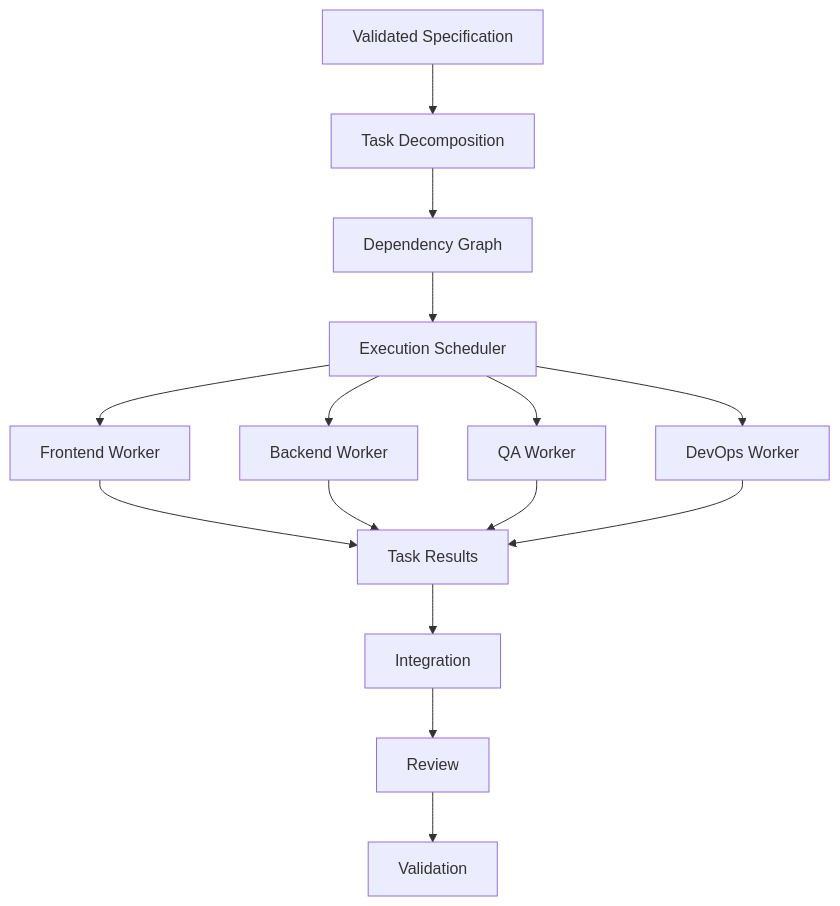
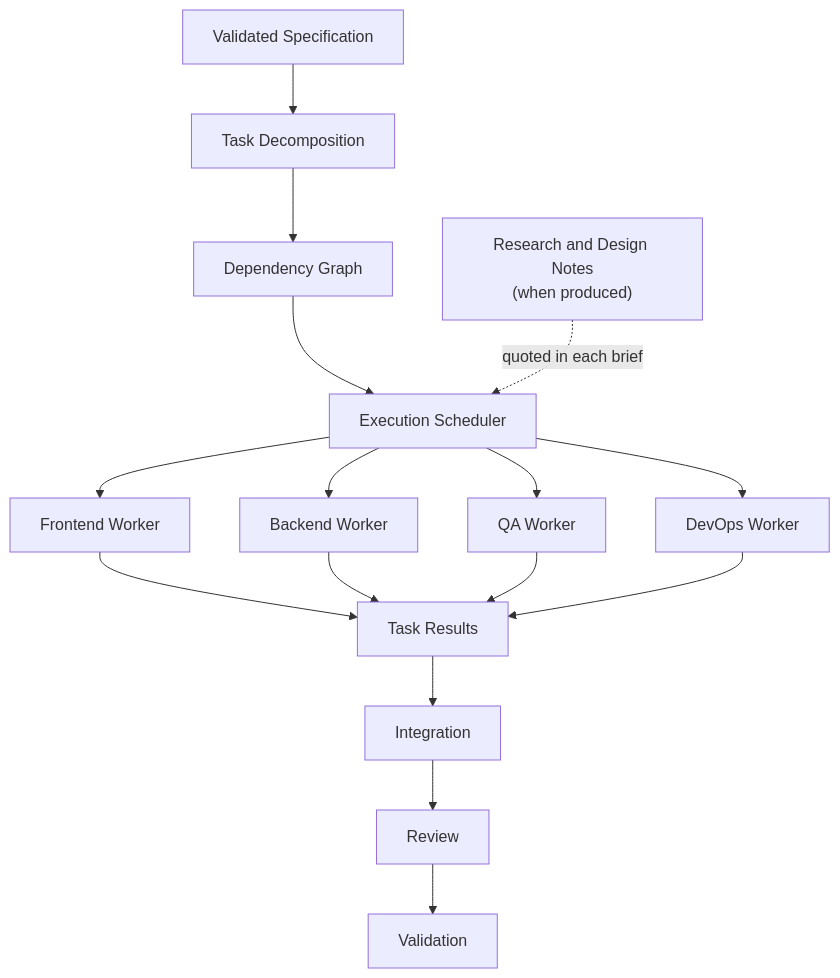
Before and after one commit to leoarkiteto/ai-software-factory-kit: the fifth of 9 diagrams in docs/architecture.md, drawn with Mermaid. The commit also changed other lines of this file and 17 other files, not shown here.

First line of the commit message:
Show the research and design workers in the diagrams

````diff
--- a/docs/architecture.md
+++ b/docs/architecture.md
@@ -442,20 +461,21 @@
 ```mermaid
 flowchart TD
     A[Validated Specification] --> B[Task Decomposition]
     B --> C[Dependency Graph]
     C --> D[Execution Scheduler]
+    N["Research and Design Notes<br/>(when produced)"] -. "quoted in each brief" .-> D
 
     D --> E[Frontend Worker]
     D --> F[Backend Worker]
     D --> G[QA Worker]
     D --> H[DevOps Worker]
 
     E --> I[Task Results]
     F --> I
     G --> I
     H --> I
 
     I --> J[Integration]
     J --> K[Review]
     K --> L[Validation]
 ```
````
